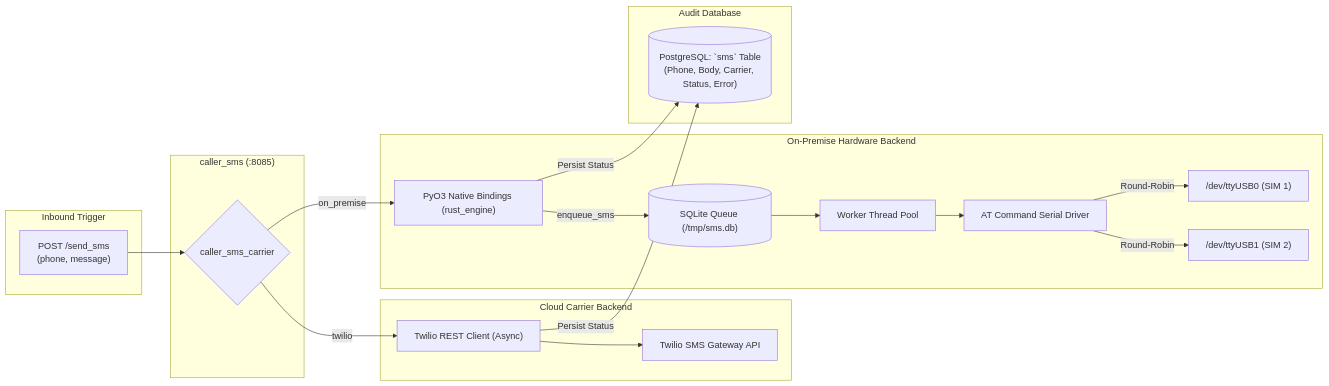
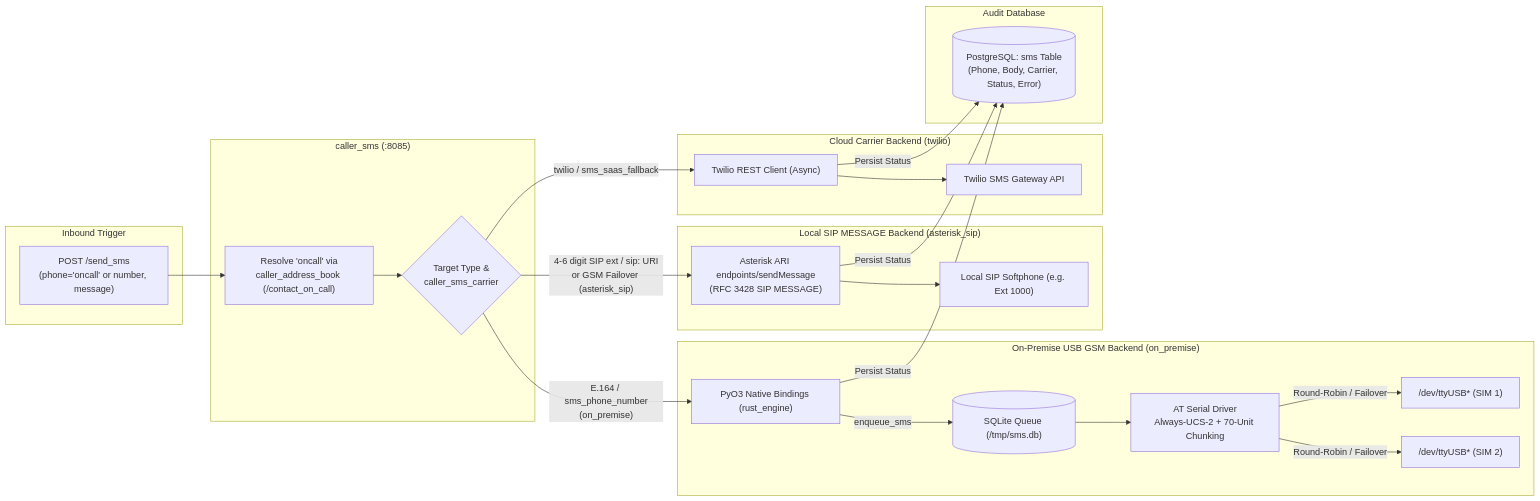
Before and after one commit to jcfdeb/py-phone-caller: the fifth of 10 diagrams in docs/architecture-and-call-flows.md, drawn with Mermaid. The commit also changed other lines of this file and 29 other files, not shown here.

````diff
--- a/docs/architecture-and-call-flows.md
+++ b/docs/architecture-and-call-flows.md
@@ -258,44 +270,53 @@
 ```mermaid
 flowchart LR
     subgraph ClientLayer[" Inbound Trigger "]
-        REQ["POST /send_sms<br/>(phone, message)"]
+        REQ["POST /send_sms<br/>(phone='oncall' or number, message)"]
     end
 
     subgraph ServiceRouter[" caller_sms (:8085) "]
-        ROUTER{"caller_sms_carrier"}
+        ONCALL["Resolve 'oncall' via<br/>caller_address_book (/contact_on_call)"]
+        ROUTER{"Target Type &<br/>caller_sms_carrier"}
     end
 
-    subgraph TwilioBackend[" Cloud Carrier Backend "]
+    subgraph RustOnPremiseBackend[" On-Premise USB GSM Backend (on_premise) "]
+        RUST_BIND["PyO3 Native Bindings (rust_engine)"]
+        SQLITE[("SQLite Queue (/tmp/sms.db)")]
+        AT_DRIVER["AT Serial Driver<br/>Always-UCS-2 + 70-Unit Chunking"]
+        MODEM1["/dev/ttyUSB* (SIM 1)"]
+        MODEM2["/dev/ttyUSB* (SIM 2)"]
+    end
+
+    subgraph SipMessageBackend[" Local SIP MESSAGE Backend (asterisk_sip) "]
+        ARI_MSG["Asterisk ARI endpoints/sendMessage<br/>(RFC 3428 SIP MESSAGE)"]
+        SIP_PHONE["Local SIP Softphone (e.g. Ext 1000)"]
+    end
+
+    subgraph TwilioBackend[" Cloud Carrier Backend (twilio) "]
         TWILIO["Twilio REST Client (Async)"]
         TWILIO_CLOUD["Twilio SMS Gateway API"]
     end
 
-    subgraph RustOnPremiseBackend[" On-Premise Hardware Backend "]
-        RUST_BIND["PyO3 Native Bindings (rust_engine)"]
-        SQLITE[("SQLite Queue (/tmp/sms.db)")]
-        THREAD_POOL["Worker Thread Pool"]
-        AT_DRIVER["AT Command Serial Driver"]
-        MODEM1["/dev/ttyUSB0 (SIM 1)"]
-        MODEM2["/dev/ttyUSB1 (SIM 2)"]
+    subgraph Persistence[" Audit Database "]
+        PG_SMS[("PostgreSQL: sms Table<br/>(Phone, Body, Carrier, Status, Error)")]
     end
 
-    subgraph Persistence[" Audit Database "]
-        PG_SMS[("PostgreSQL: `sms` Table<br/>(Phone, Body, Carrier, Status, Error)")]
-    end
+    REQ --> ONCALL --> ROUTER
 
-    REQ --> ROUTER
-    
+    %% On-Premise GSM Path
+    ROUTER -- "E.164 / sms_phone_number<br/>(on_premise)" --> RUST_BIND
+    RUST_BIND -->|"enqueue_sms"| SQLITE
+    SQLITE --> AT_DRIVER
+    AT_DRIVER -- "Round-Robin / Failover" --> MODEM1
+    AT_DRIVER -- "Round-Robin / Failover" --> MODEM2
+    RUST_BIND -->|"Persist Status"| PG_SMS
+
+    %% Asterisk SIP MESSAGE Path
+    ROUTER -- "4-6 digit SIP ext / sip: URI<br/>or GSM Failover (asterisk_sip)" --> ARI_MSG
+    ARI_MSG --> SIP_PHONE
+    ARI_MSG -->|"Persist Status"| PG_SMS
+
     %% Twilio Path
-    ROUTER -- "twilio" --> TWILIO
+    ROUTER -- "twilio / sms_saas_fallback" --> TWILIO
     TWILIO --> TWILIO_CLOUD
     TWILIO -->|"Persist Status"| PG_SMS
-
-    %% Rust Path
-    ROUTER -- "on_premise" --> RUST_BIND
-    RUST_BIND -->|"enqueue_sms"| SQLITE
-    SQLITE --> THREAD_POOL
-    THREAD_POOL --> AT_DRIVER
-    AT_DRIVER -- "Round-Robin" --> MODEM1
-    AT_DRIVER -- "Round-Robin" --> MODEM2
-    RUST_BIND -->|"Persist Status"| PG_SMS
 ```
````
